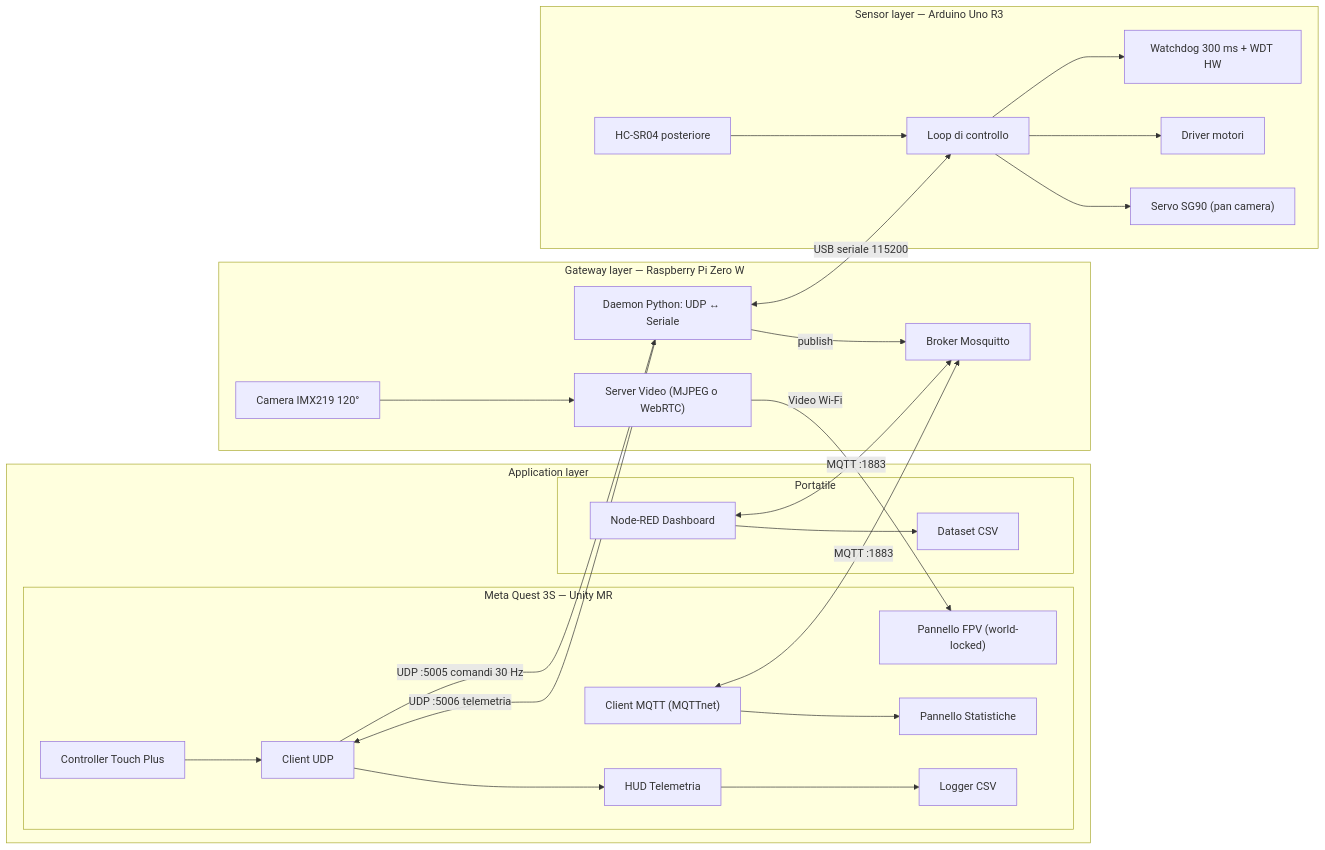
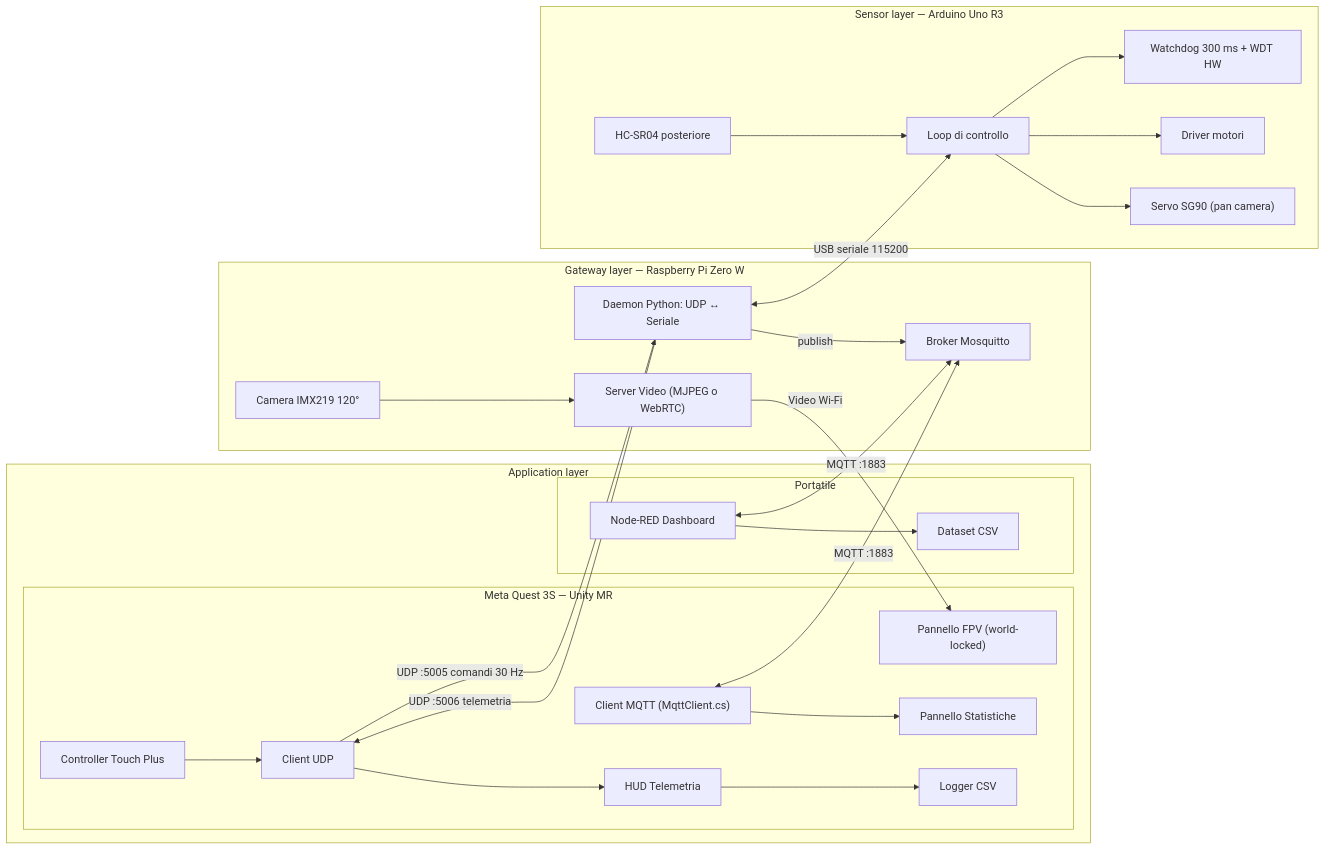
One commit to Enrico39/kARt-IoT-Lab changed the diagram in project.md. Above: the diagram before and after it, drawn with Mermaid. The commit also changed other lines of this file and 17 other files, not shown here.

First line of the commit message:
Quest: video FPV, client MQTT e interruttore del passthrough

````diff
--- a/project.md
+++ b/project.md
@@ -46,48 +46,48 @@
 ```mermaid
 flowchart LR
     subgraph APP ["Application layer"]
         subgraph Quest ["Meta Quest 3S — Unity MR"]
             Input["Controller Touch Plus"]
             Panel["Pannello FPV (world-locked)"]
             HUD["HUD Telemetria"]
             Stats["Pannello Statistiche"]
             Net["Client UDP"]
-            MqttQ["Client MQTT (MQTTnet)"]
+            MqttQ["Client MQTT (MqttClient.cs)"]
             Log["Logger CSV"]
         end
         subgraph NR ["Portatile"]
             Dash["Node-RED Dashboard"]
             DS["Dataset CSV"]
         end
     end
 
     subgraph GW ["Gateway layer — Raspberry Pi Zero W"]
         Cam["Camera IMX219 120°"]
         Stream["Server Video (MJPEG o WebRTC)"]
         Bridge["Daemon Python: UDP ↔ Seriale"]
         Broker["Broker Mosquitto"]
     end
 
     subgraph SEN ["Sensor layer — Arduino Uno R3"]
         Ctrl["Loop di controllo"]
         WD["Watchdog 300 ms + WDT HW"]
         US["HC-SR04 posteriore"]
         Drv["Driver motori"]
         Srv["Servo SG90 (pan camera)"]
     end
 
     Input --> Net
     Net -- "UDP :5005 comandi 30 Hz" --> Bridge
     Bridge -- "UDP :5006 telemetria" --> Net
     Net --> HUD --> Log
     Cam --> Stream -- "Video Wi-Fi" --> Panel
     Bridge <-- "USB seriale 115200" --> Ctrl
     Ctrl --> WD
     US --> Ctrl --> Drv
     Ctrl --> Srv
     Bridge -- "publish" --> Broker
     MqttQ <-- "MQTT :1883" --> Broker
     MqttQ --> Stats
     Dash <-- "MQTT :1883" --> Broker
     Dash --> DS
 ```
````
